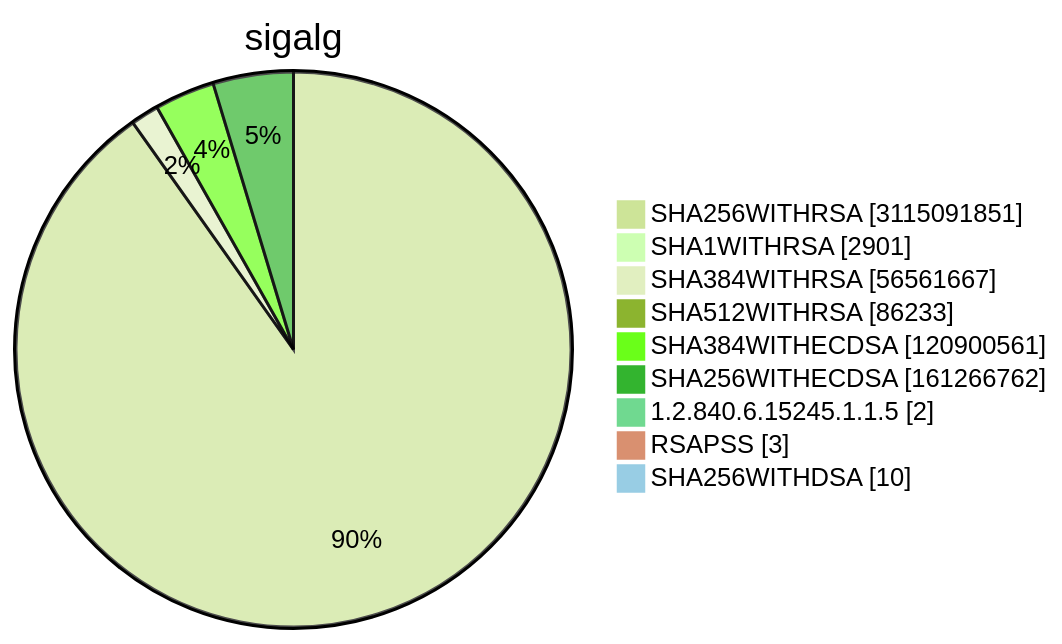
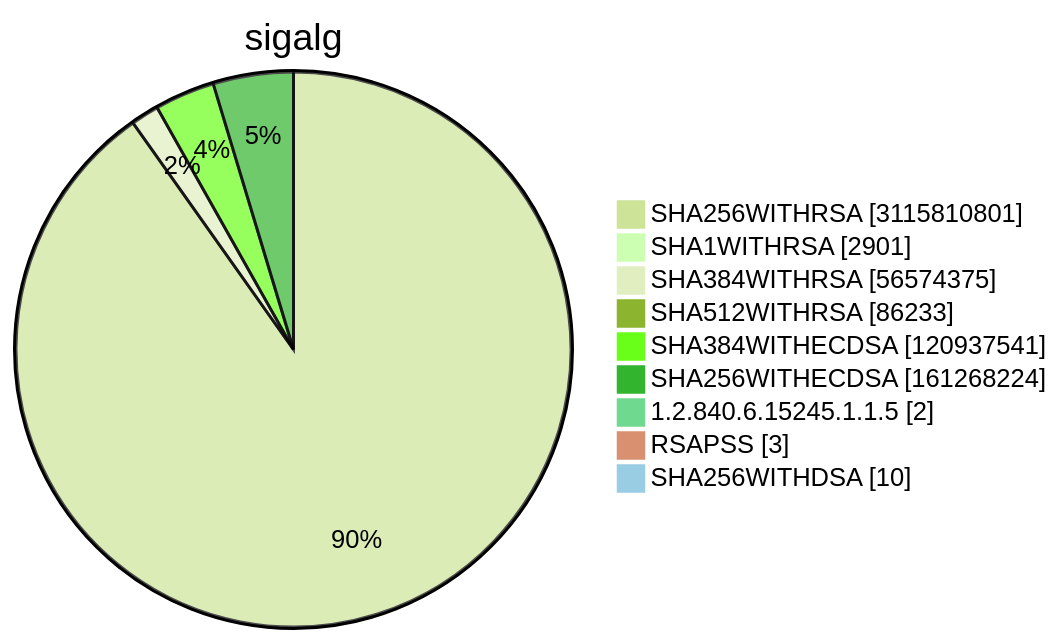
One commit to christiankrug/ctmonitor_visualization changed diagram 15 of 15 in TOTAL/README.md. Above: the diagram before and after it, drawn with Mermaid (forest theme). The commit also changed other lines of this file, not shown here.

````diff
--- a/TOTAL/README.md
+++ b/TOTAL/README.md
@@ -6212,13 +6212,13 @@
 ```mermaid
 pie showData
 title sigalg
-"SHA256WITHRSA" :3115091851
+"SHA256WITHRSA" :3115810801
 "SHA1WITHRSA" :2901
-"SHA384WITHRSA" :56561667
+"SHA384WITHRSA" :56574375
 "SHA512WITHRSA" :86233
-"SHA384WITHECDSA" :120900561
-"SHA256WITHECDSA" :161266762
+"SHA384WITHECDSA" :120937541
+"SHA256WITHECDSA" :161268224
 "1.2.840.6.15245.1.1.5" :2
 "RSAPSS" :3
 "SHA256WITHDSA" :10
 ```
````
